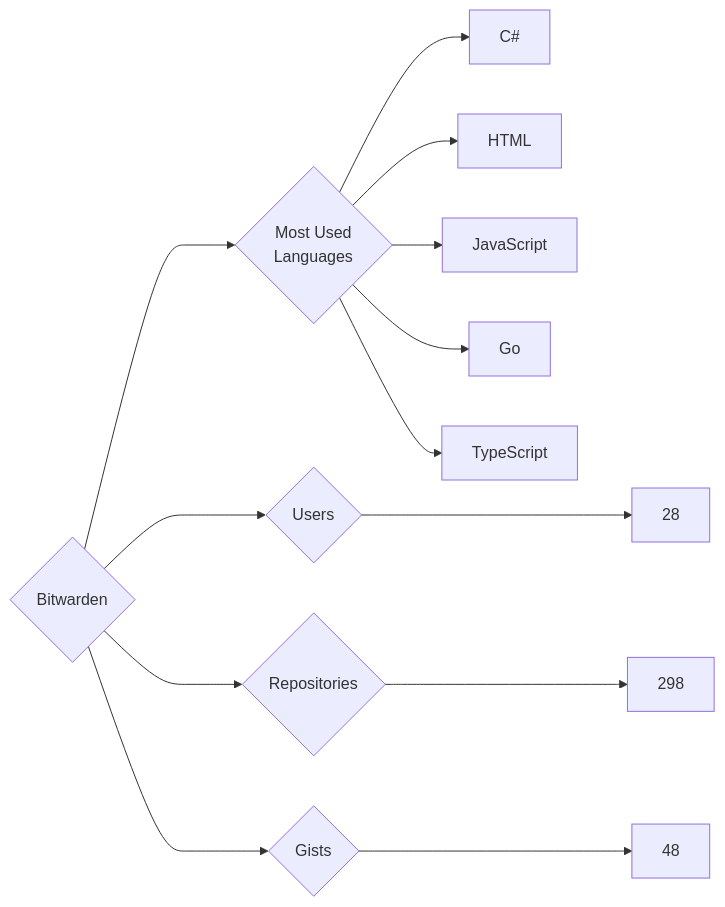
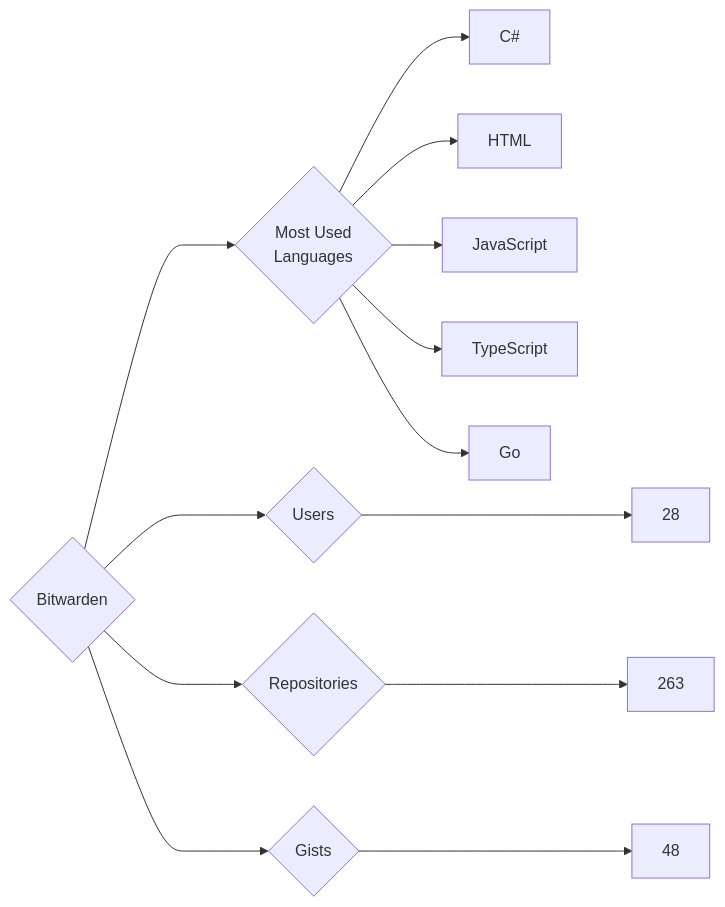
One commit to trickest/insiders changed the diagram in targets/Bitwarden/README.md. Above: the diagram before and after it, drawn with Mermaid. The commit also changed 773 other files, not shown here.

````diff
--- a/targets/Bitwarden/README.md
+++ b/targets/Bitwarden/README.md
@@ -3,13 +3,13 @@
 ```mermaid
 graph LR
 COMPANY_NAME{Bitwarden}
 COMPANY_NAME ---> U{Users} ---> UN[28]
-COMPANY_NAME ---> R{Repositories} ---> RN[298]
+COMPANY_NAME ---> R{Repositories} ---> RN[263]
 COMPANY_NAME ---> G{Gists} ---> GN[48]
 COMPANY_NAME ---> ML{Most Used<br>Languages}
 ML --> C#[C#]
 ML --> HTML[HTML]
 ML --> JavaScript[JavaScript]
+ML --> TypeScript[TypeScript]
 ML --> Go[Go]
-ML --> TypeScript[TypeScript]
 ```
````
